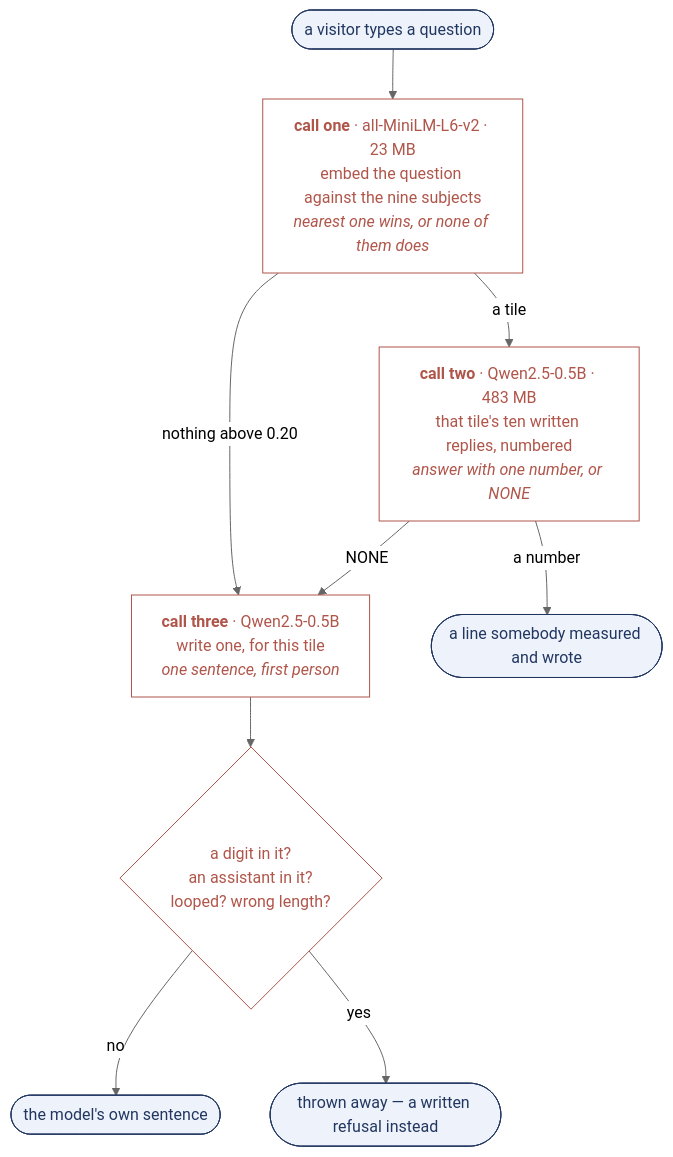
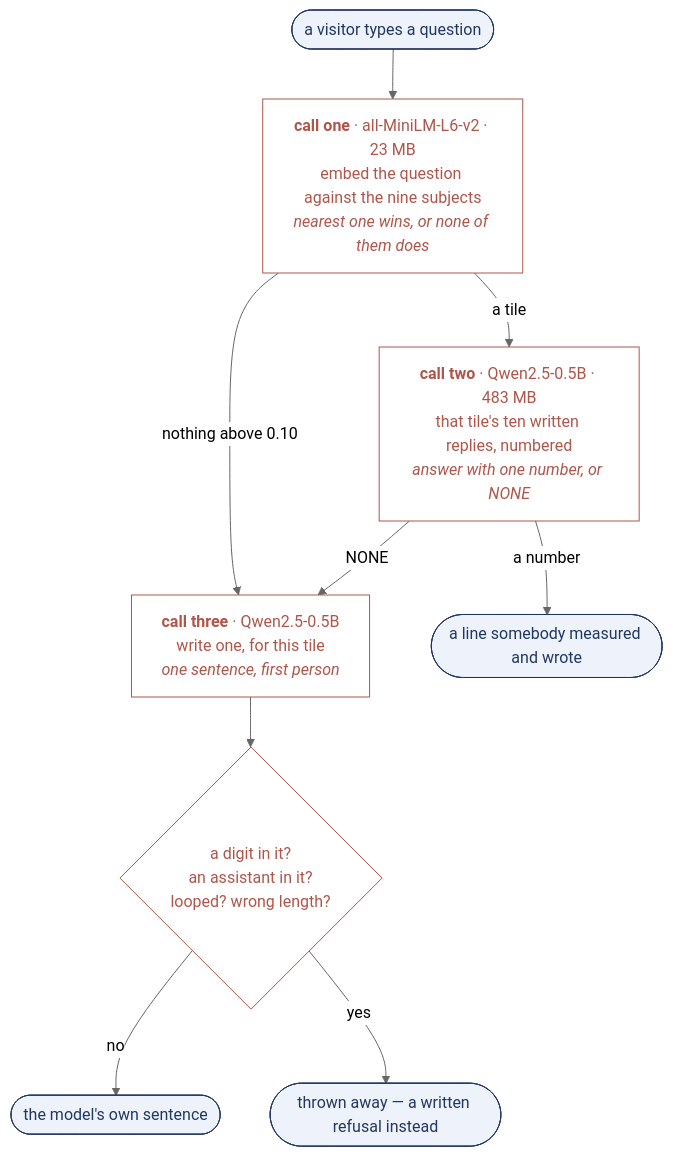
The diagram in README.md (moudrkat/underglaze), drawn with Mermaid (neutral theme) before and after one commit. The commit also changed other lines of this file, not shown here.

````diff
--- a/README.md
+++ b/README.md
@@ -64,25 +64,25 @@
 ```mermaid
 flowchart TD
   Q(["a visitor types a question"]) --> C1
 
   C1["<b>call one</b> · all-MiniLM-L6-v2 · 23 MB<br/>embed the question against the nine subjects<br/><i>nearest one wins, or none of them does</i>"]
   C2["<b>call two</b> · Qwen2.5-0.5B · 483 MB<br/>that tile's ten written replies, numbered<br/><i>answer with one number, or NONE</i>"]
   C3["<b>call three</b> · Qwen2.5-0.5B<br/>write one, for this tile<br/><i>one sentence, first person</i>"]
 
   C1 -->|a tile| C2
-  C1 -->|nothing above 0.20| C3
+  C1 -->|nothing above 0.10| C3
   C2 -->|a number| OUT
   C2 -->|NONE| C3
   C3 --> F{"a digit in it?<br/>an assistant in it?<br/>looped? wrong length?"}
   F -->|no| OWN
   F -->|yes| MISS
 
   OUT(["a line somebody measured and wrote"])
   OWN(["the model's own sentence"])
   MISS(["thrown away — a written refusal instead"])
 
   classDef page fill:#eef3fb,stroke:#213660,color:#213660
   classDef model fill:#fff,stroke:#b0554a,color:#b0554a
   class C1,C2,C3,F model
   class Q,OUT,OWN,MISS page
 ```
````
